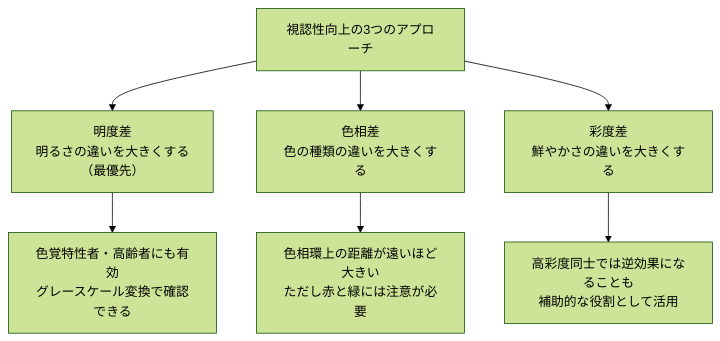
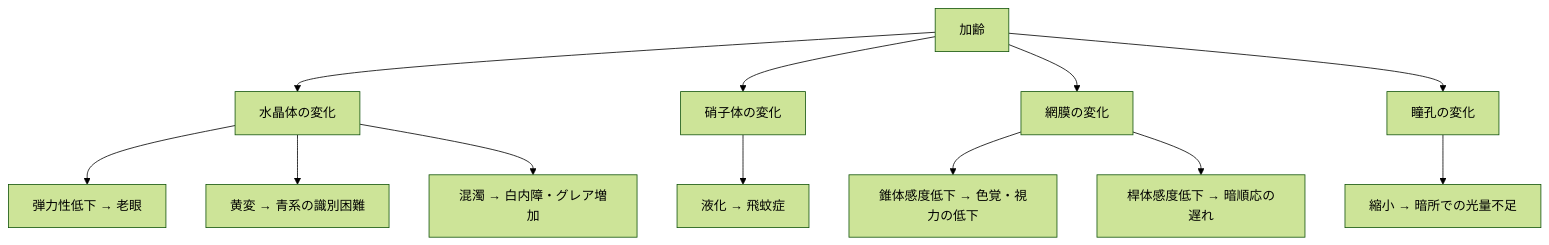
The first of 2 diagrams in docs/lessons/lesson21/index.md (ozaki25/color-coordination-training-ozaki25), drawn with Mermaid (forest theme) before and after one commit. The commit also changed other lines of this file and 39 other files, not shown here.

````diff
--- a/docs/lessons/lesson21/index.md
+++ b/docs/lessons/lesson21/index.md
@@ -15,10 +95,14 @@
 ```mermaid
 graph TD
-    A["視認性向上の3つのアプローチ"]
-    A --> B["明度差\n明るさの違いを大きくする\n（最優先）"]
-    A --> C["色相差\n色の種類の違いを大きくする"]
-    A --> D["彩度差\n鮮やかさの違いを大きくする"]
-    B --> E["色覚特性者・高齢者にも有効\nグレースケール変換で確認できる"]
-    C --> F["色相環上の距離が遠いほど大きい\nただし赤と緑には注意が必要"]
-    D --> G["高彩度同士では逆効果になることも\n補助的な役割として活用"]
+    加齢 --> W["水晶体の変化"]
+    加齢 --> G["硝子体の変化"]
+    加齢 --> R["網膜の変化"]
+    加齢 --> P["瞳孔の変化"]
+    W --> W1["弾力性低下 → 老眼"]
+    W --> W2["黄変 → 青系の識別困難"]
+    W --> W3["混濁 → 白内障・グレア増加"]
+    G --> G1["液化 → 飛蚊症"]
+    R --> R1["錐体感度低下 → 色覚・視力の低下"]
+    R --> R2["桿体感度低下 → 暗順応の遅れ"]
+    P --> P1["縮小 → 暗所での光量不足"]
 ```
````
